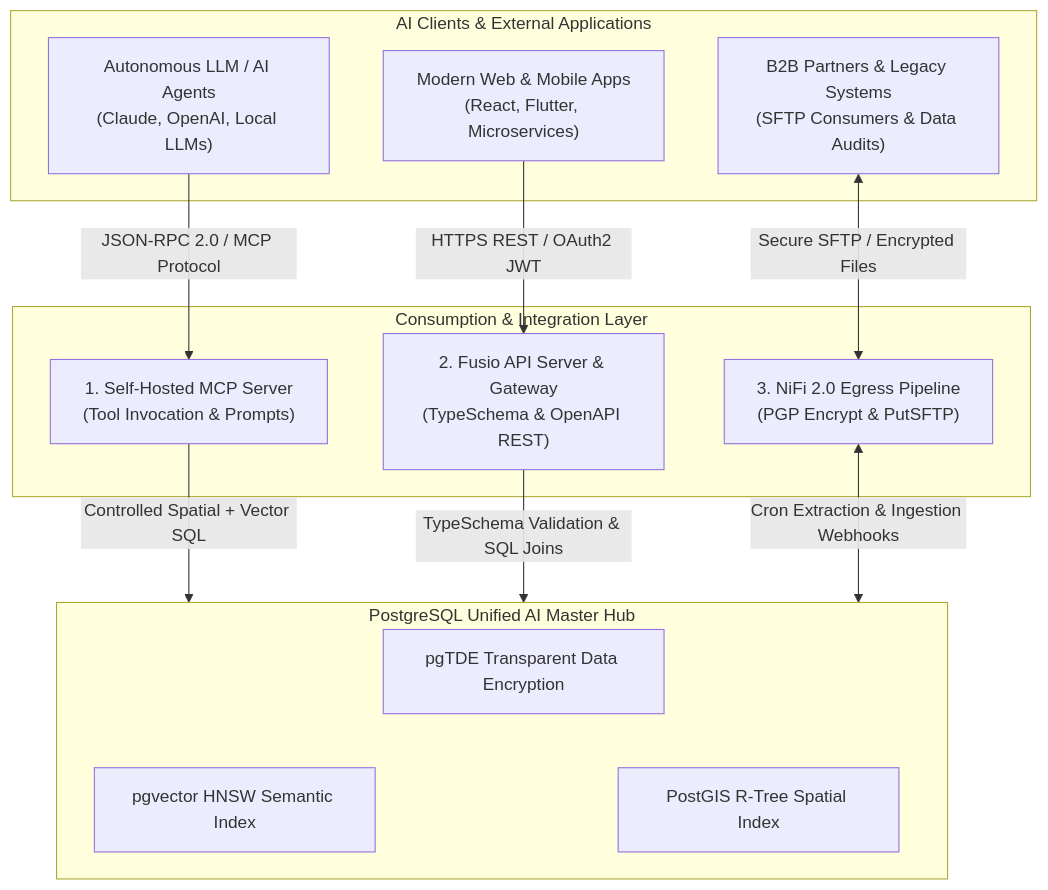
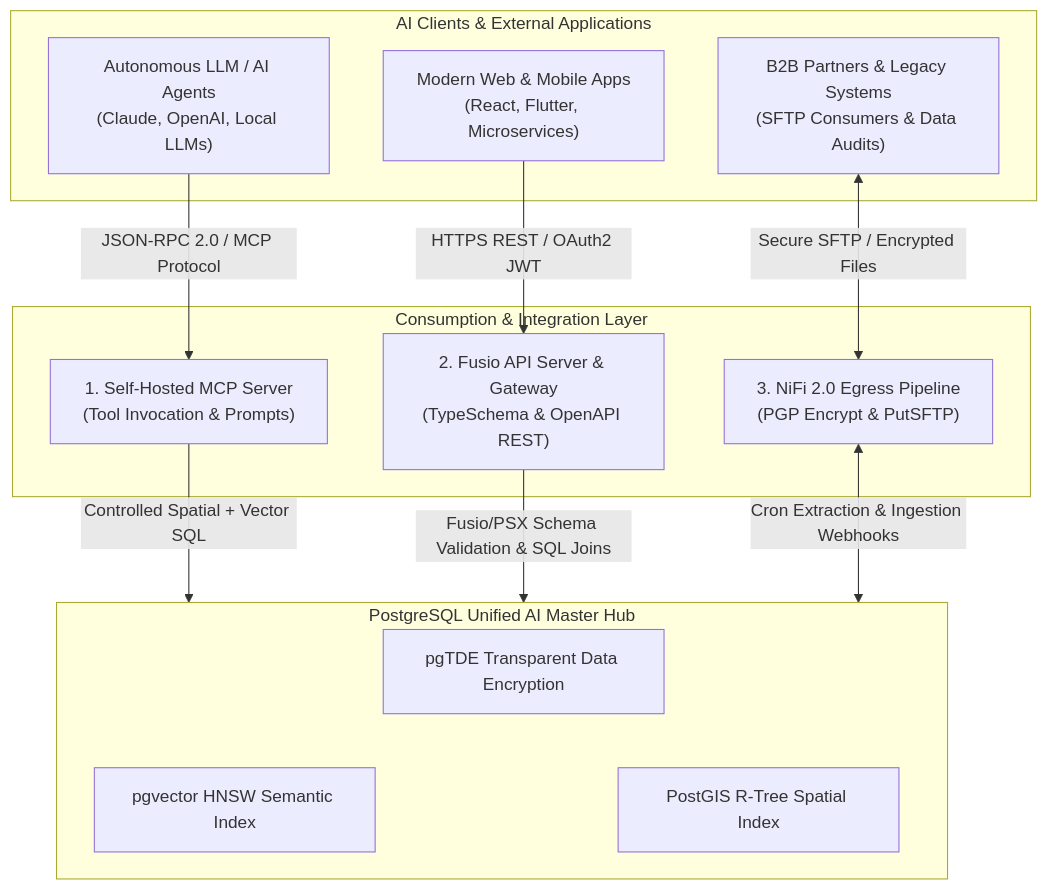
One commit to linuxmalaysia/bda-ai-infra changed the first of 2 diagrams in docs/reference/consumption-and-integration-layer.md. Above: the diagram before and after it, drawn with Mermaid. The commit also changed other lines of this file, not shown here.

````diff
--- a/docs/reference/consumption-and-integration-layer.md
+++ b/docs/reference/consumption-and-integration-layer.md
@@ -141,32 +141,32 @@
 ```mermaid
 flowchart TD
     subgraph Clients ["AI Clients & External Applications"]
         LLM["Autonomous LLM / AI Agents<br/>(Claude, OpenAI, Local LLMs)"]
         WebApps["Modern Web & Mobile Apps<br/>(React, Flutter, Microservices)"]
         LegacyB2B["B2B Partners & Legacy Systems<br/>(SFTP Consumers & Data Audits)"]
     end
 
     subgraph ConsumptionLayer ["Consumption & Integration Layer"]
         MCP["1. Self-Hosted MCP Server<br/>(Tool Invocation & Prompts)"]
         Fusio["2. Fusio API Server & Gateway<br/>(TypeSchema & OpenAPI REST)"]
         NiFiEgress["3. NiFi 2.0 Egress Pipeline<br/>(PGP Encrypt & PutSFTP)"]
     end
 
     subgraph DatabaseHub ["PostgreSQL Unified AI Master Hub"]
         pgTDE["pgTDE Transparent Data Encryption"]
         pgvector["pgvector HNSW Semantic Index"]
         PostGIS["PostGIS R-Tree Spatial Index"]
     end
 
     LLM -->|"JSON-RPC 2.0 / MCP Protocol"| MCP
     WebApps -->|"HTTPS REST / OAuth2 JWT"| Fusio
     LegacyB2B <-->|"Secure SFTP / Encrypted Files"| NiFiEgress
 
     MCP -->|"Controlled Spatial + Vector SQL"| DatabaseHub
-    Fusio -->|"TypeSchema Validation & SQL Joins"| DatabaseHub
+    Fusio -->|"Fusio/PSX Schema Validation & SQL Joins"| DatabaseHub
     NiFiEgress <-->|"Cron Extraction & Ingestion Webhooks"| DatabaseHub
 
     DatabaseHub --- pgTDE
     DatabaseHub --- pgvector
     DatabaseHub --- PostGIS
 ```
````
